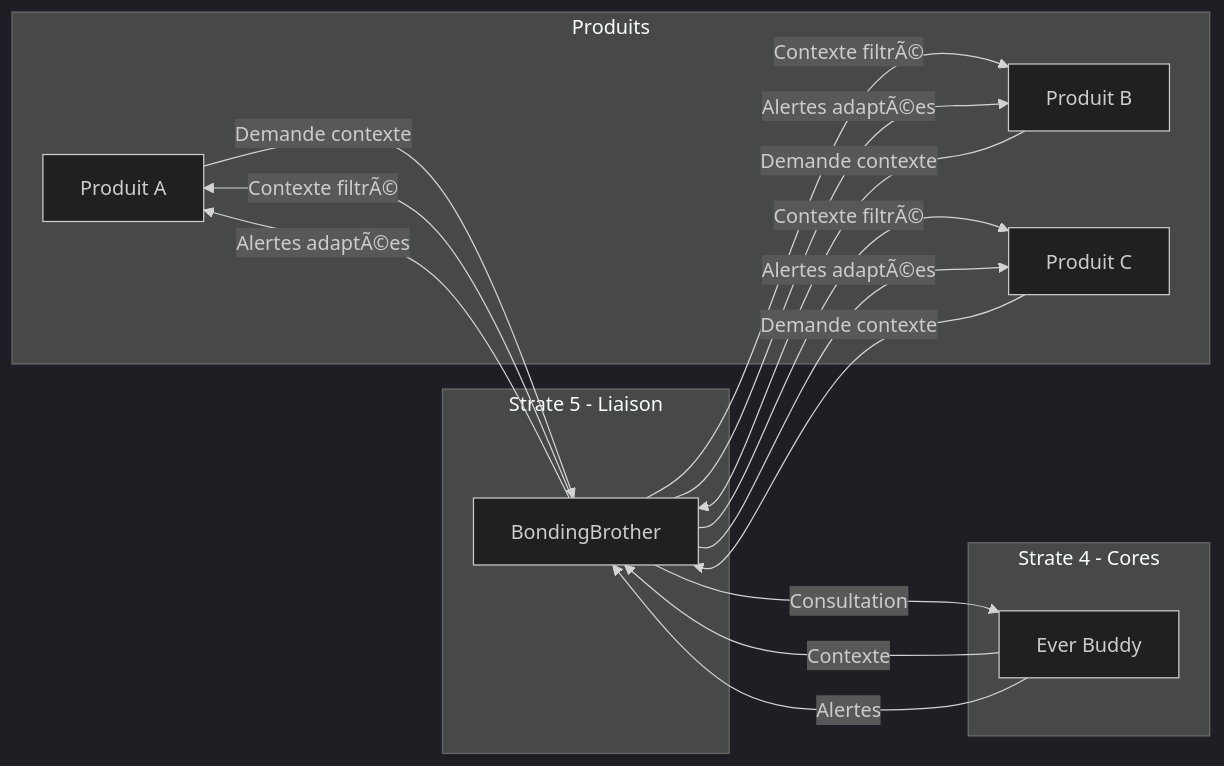
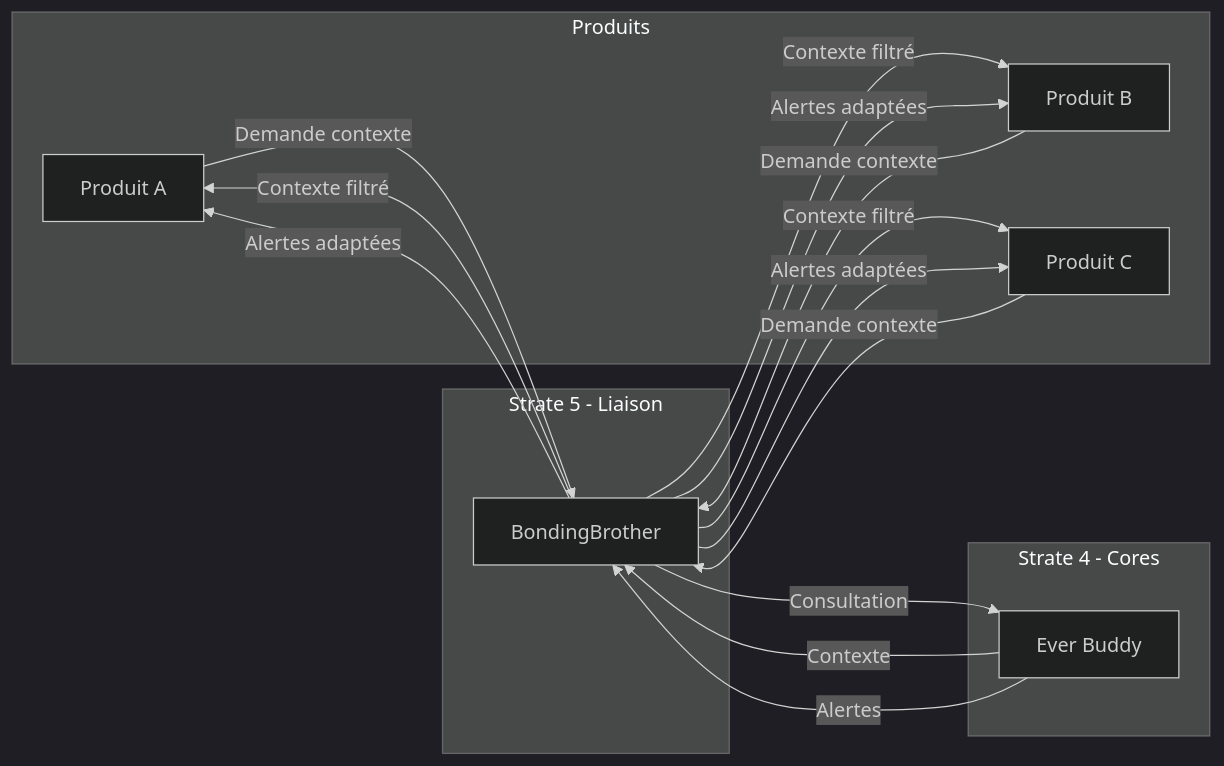
Before and after one commit to StudioMiyukini/miyukini_cog: the sixth of 6 diagrams in docs/cores/EverBuddy/architecture/Ever Buddy - Evolution Flows.md, drawn with Mermaid (dark theme). The commit also changed other lines of this file and 564 other files, not shown here.

````diff
--- a/docs/cores/EverBuddy/architecture/Ever Buddy - Evolution Flows.md
+++ b/docs/cores/EverBuddy/architecture/Ever Buddy - Evolution Flows.md
@@ -675,32 +675,32 @@
 ```mermaid
 graph LR
     subgraph Produits
         P1[Produit A]
         P2[Produit B]
         P3[Produit C]
     end
 
     subgraph Strate5[Strate 5 - Liaison]
         BB[BondingBrother]
     end
 
     subgraph Strate4[Strate 4 - Cores]
         EB[Ever Buddy]
     end
 
     P1 -->|Demande contexte| BB
     P2 -->|Demande contexte| BB
     P3 -->|Demande contexte| BB
 
     BB -->|Consultation| EB
     EB -->|Contexte| BB
 
-    BB -->|Contexte filtrÃ©| P1
-    BB -->|Contexte filtrÃ©| P2
-    BB -->|Contexte filtrÃ©| P3
+    BB -->|Contexte filtré| P1
+    BB -->|Contexte filtré| P2
+    BB -->|Contexte filtré| P3
 
     EB -->|Alertes| BB
-    BB -->|Alertes adaptÃ©es| P1
-    BB -->|Alertes adaptÃ©es| P2
-    BB -->|Alertes adaptÃ©es| P3
+    BB -->|Alertes adaptées| P1
+    BB -->|Alertes adaptées| P2
+    BB -->|Alertes adaptées| P3
 ```
````
